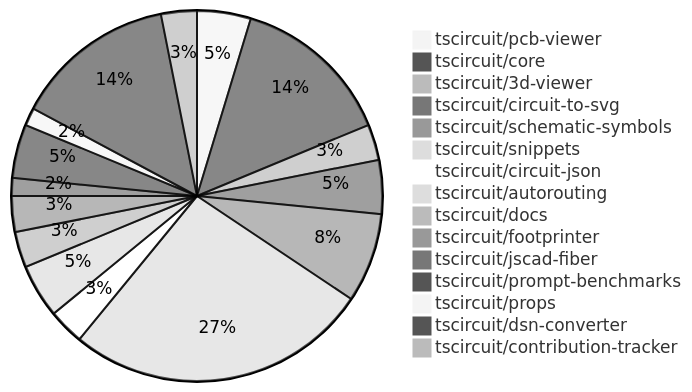
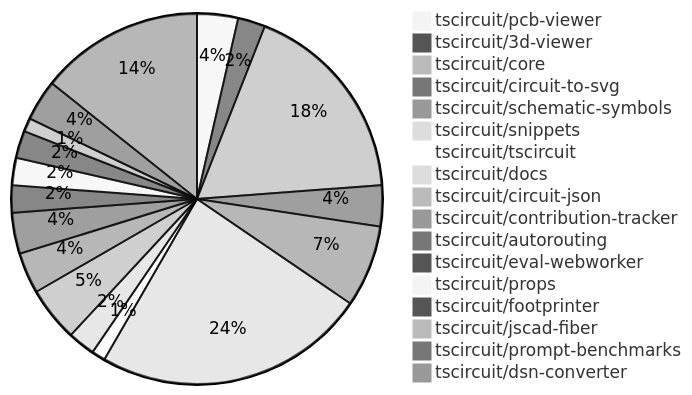
The diagram in contribution-overviews/2024-12-04.md (tscircuit/contribution-tracker), drawn with Mermaid (neutral theme) before and after one commit. The commit also changed other lines of this file and 2 other files, not shown here.

Commit message:
Update contribution overviews

````diff
--- a/contribution-overviews/2024-12-04.md
+++ b/contribution-overviews/2024-12-04.md
@@ -5,18 +5,20 @@
 ```mermaid
 pie
     "tscircuit/pcb-viewer" : 3
-    "tscircuit/core" : 9
     "tscircuit/3d-viewer" : 2
+    "tscircuit/core" : 15
     "tscircuit/circuit-to-svg" : 3
-    "tscircuit/schematic-symbols" : 5
-    "tscircuit/snippets" : 17
-    "tscircuit/circuit-json" : 2
+    "tscircuit/schematic-symbols" : 6
+    "tscircuit/snippets" : 20
+    "tscircuit/tscircuit" : 1
+    "tscircuit/docs" : 2
+    "tscircuit/circuit-json" : 4
+    "tscircuit/contribution-tracker" : 3
     "tscircuit/autorouting" : 3
-    "tscircuit/docs" : 2
+    "tscircuit/eval-webworker" : 2
+    "tscircuit/props" : 2
     "tscircuit/footprinter" : 2
     "tscircuit/jscad-fiber" : 1
     "tscircuit/prompt-benchmarks" : 3
-    "tscircuit/props" : 1
-    "tscircuit/dsn-converter" : 9
-    "tscircuit/contribution-tracker" : 2
+    "tscircuit/dsn-converter" : 12
 ```
````
